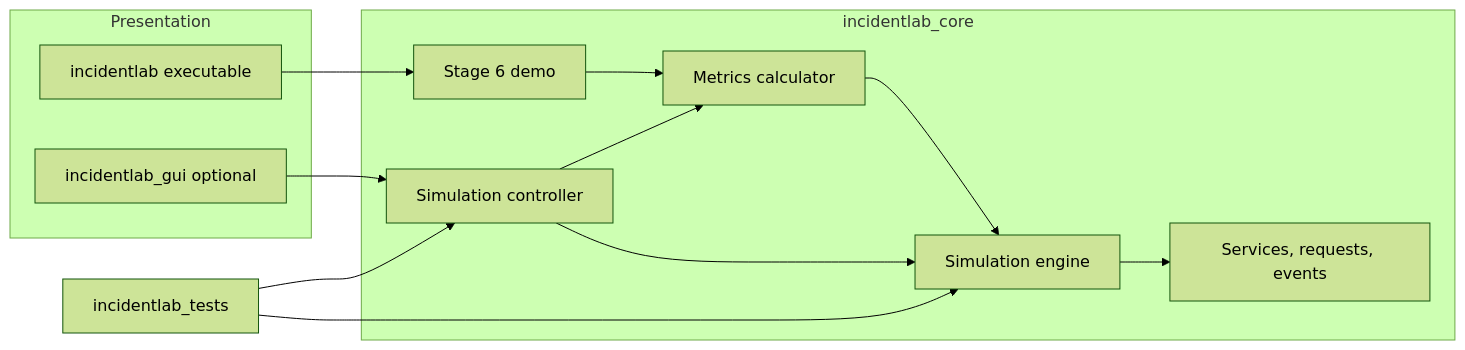
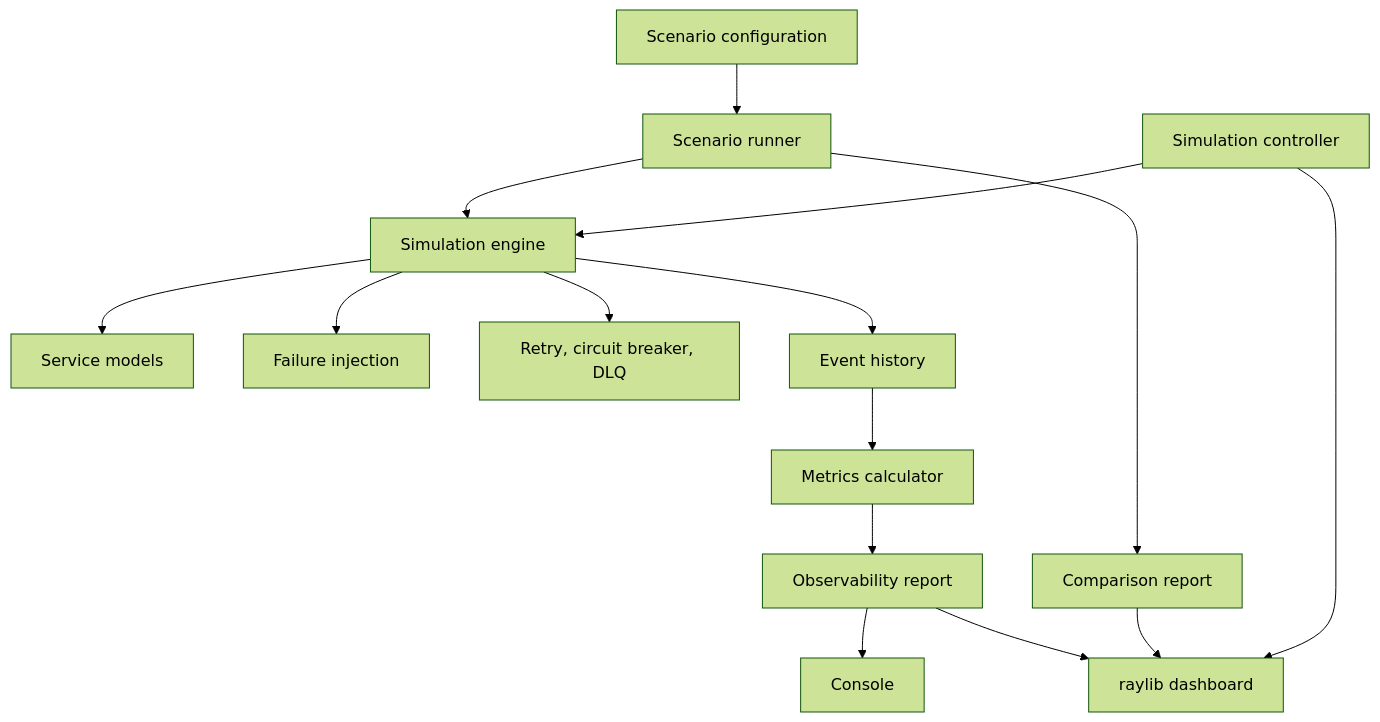
One commit to IG1234567/incidentLab changed the diagram in README.md. Above: the diagram before and after it, drawn with Mermaid (forest theme). The commit also changed other lines of this file and 15 other files, not shown here.

````diff
--- a/README.md
+++ b/README.md
@@ -124,27 +25,17 @@
 ```mermaid
-flowchart LR
-    subgraph presentation [Presentation]
-        App["incidentlab executable"]
-        Gui["incidentlab_gui optional"]
-    end
-
-    subgraph core [incidentlab_core]
-        Demo["Stage 6 demo"]
-        Controller["Simulation controller"]
-        Metrics["Metrics calculator"]
-        Engine["Simulation engine"]
-        Domain["Services, requests, events"]
-    end
-
-    Tests["incidentlab_tests"]
-
-    App --> Demo
-    Gui --> Controller
-    Controller --> Engine
-    Controller --> Metrics
-    Demo --> Metrics
-    Metrics --> Engine
-    Engine --> Domain
-    Tests --> Engine
-    Tests --> Controller
+flowchart TD
+    Config[Scenario configuration] --> Runner[Scenario runner]
+    Runner --> Engine[Simulation engine]
+    Engine --> Services[Service models]
+    Engine --> Failures[Failure injection]
+    Engine --> Resilience[Retry, circuit breaker, DLQ]
+    Engine --> History[Event history]
+    History --> Metrics[Metrics calculator]
+    Metrics --> Report[Observability report]
+    Report --> Console[Console]
+    Report --> Gui[raylib dashboard]
+    Runner --> Comparison[Comparison report]
+    Comparison --> Gui
+    Controller[Simulation controller] --> Engine
+    Controller --> Gui
 ```
````
